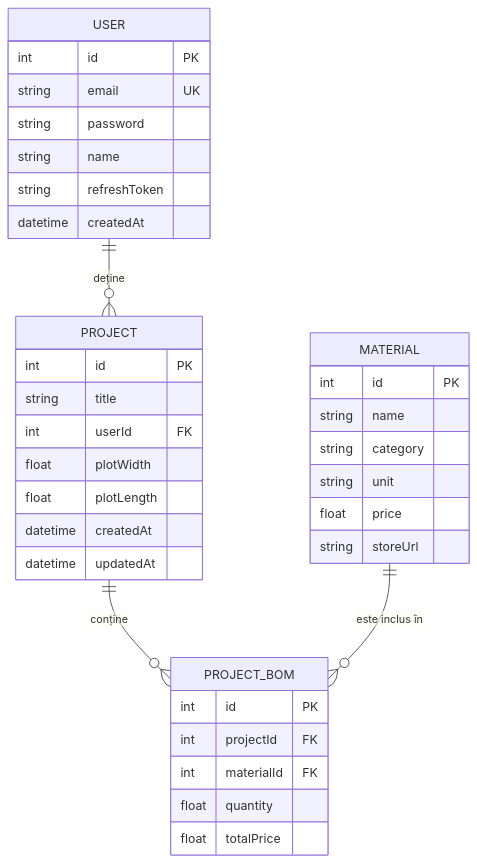
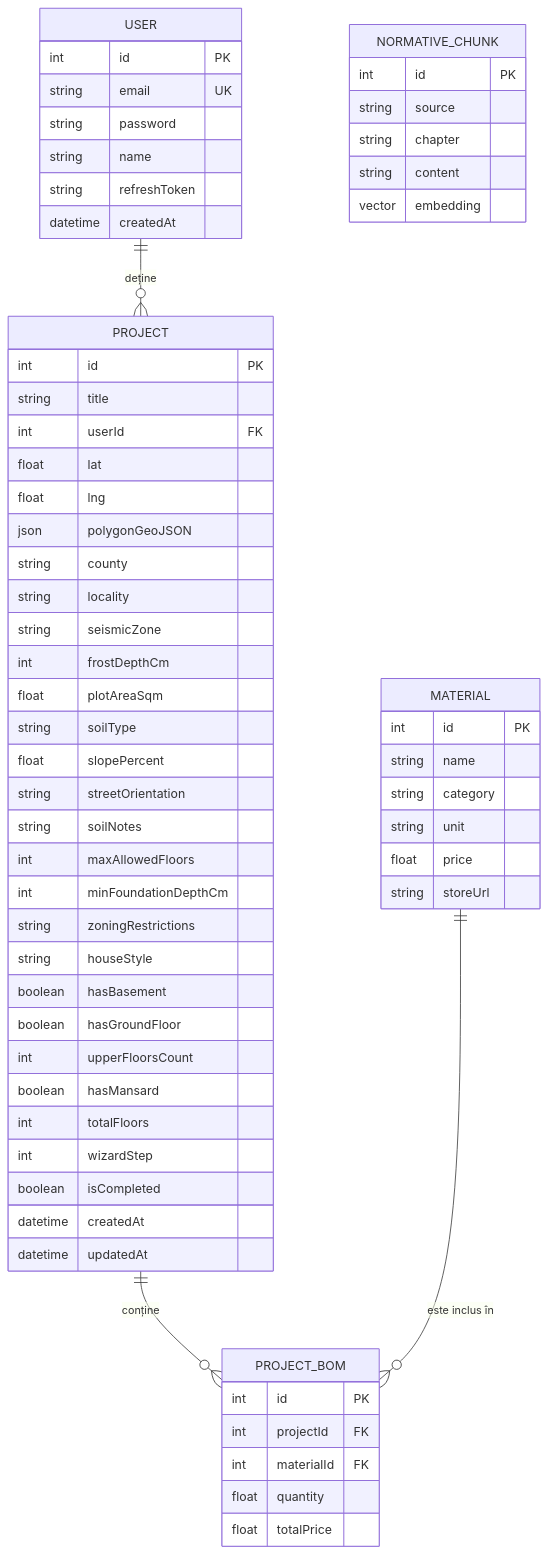
The diagram in docs/database.md (RobertoSpy/Licenta), drawn with Mermaid before and after one commit. The commit also changed other lines of this file and 8 other files, not shown here.

````diff
--- a/docs/database.md
+++ b/docs/database.md
@@ -7,42 +7,71 @@
 ```mermaid
 erDiagram
     USER ||--o{ PROJECT : "deține"
     PROJECT ||--o{ PROJECT_BOM : "conține"
     MATERIAL ||--o{ PROJECT_BOM : "este inclus în"
 
     USER {
         int id PK
         string email UK
         string password
         string name
         string refreshToken
         datetime createdAt
     }
 
     PROJECT {
         int id PK
         string title
         int userId FK
-        float plotWidth
-        float plotLength
+        float lat
+        float lng
+        json polygonGeoJSON
+        string county
+        string locality
+        string seismicZone
+        int frostDepthCm
+        float plotAreaSqm
+        string soilType
+        float slopePercent
+        string streetOrientation
+        string soilNotes
+        int maxAllowedFloors
+        int minFoundationDepthCm
+        string zoningRestrictions
+        string houseStyle
+        boolean hasBasement
+        boolean hasGroundFloor
+        int upperFloorsCount
+        boolean hasMansard
+        int totalFloors
+        int wizardStep
+        boolean isCompleted
         datetime createdAt
         datetime updatedAt
     }
 
     MATERIAL {
         int id PK
         string name
         string category
         string unit
         float price
         string storeUrl
     }
 
     PROJECT_BOM {
         int id PK
         int projectId FK
         int materialId FK
         float quantity
         float totalPrice
     }
+
+    NORMATIVE_CHUNK {
+        int id PK
+        string source
+        string chapter
+        string content
+        vector embedding
+    }
 ```
````
